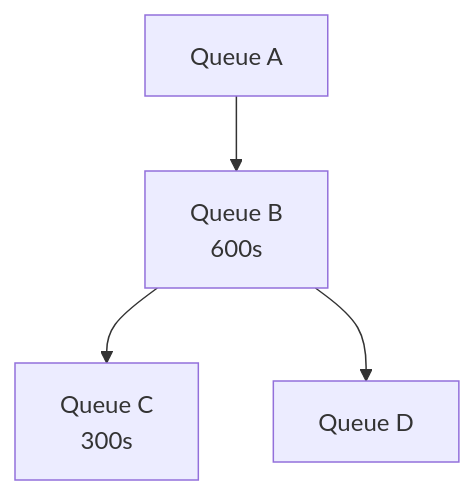
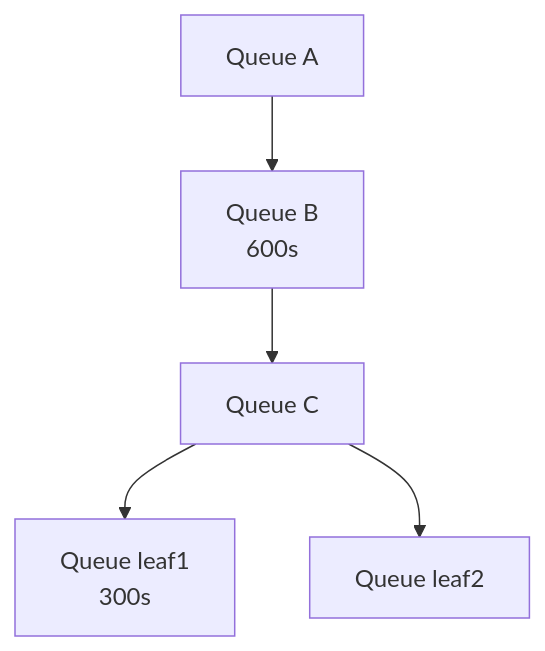
The second of 2 diagrams in docs/developer/designs/min-runtime/README.md (NVIDIA/KAI-Scheduler), drawn with Mermaid before and after one commit. The commit also changed other lines of this file, not shown here.

````diff
--- a/docs/developer/designs/min-runtime/README.md
+++ b/docs/developer/designs/min-runtime/README.md
@@ -52,6 +69,7 @@
 ```mermaid
 graph TD
     A[Queue A] --> B[Queue B<br/>600s]
-    B --> C[Queue C<br/>300s]
-    B --> D[Queue D]
+    B --> C[Queue C]
+    C --> leaf1[Queue leaf1<br/>300s]
+    C --> leaf2[Queue leaf2]
 ```
````
